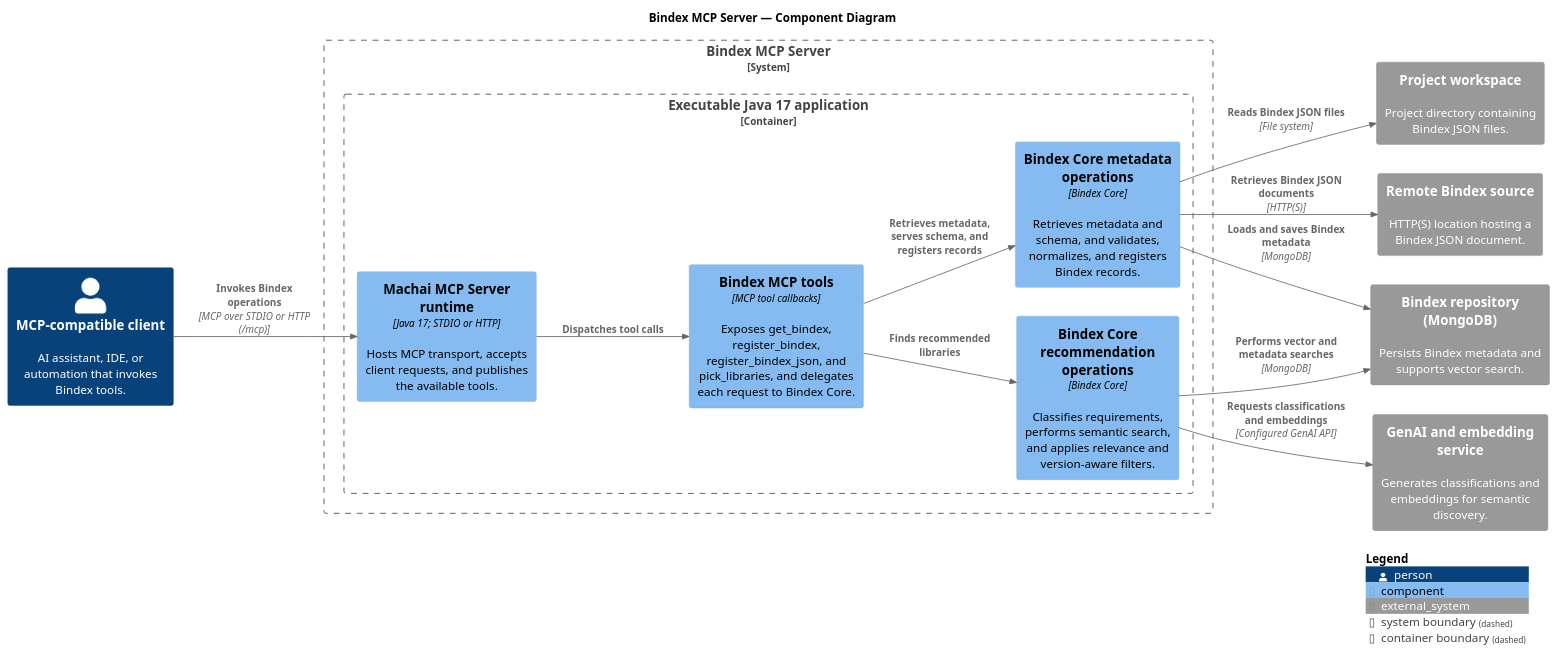
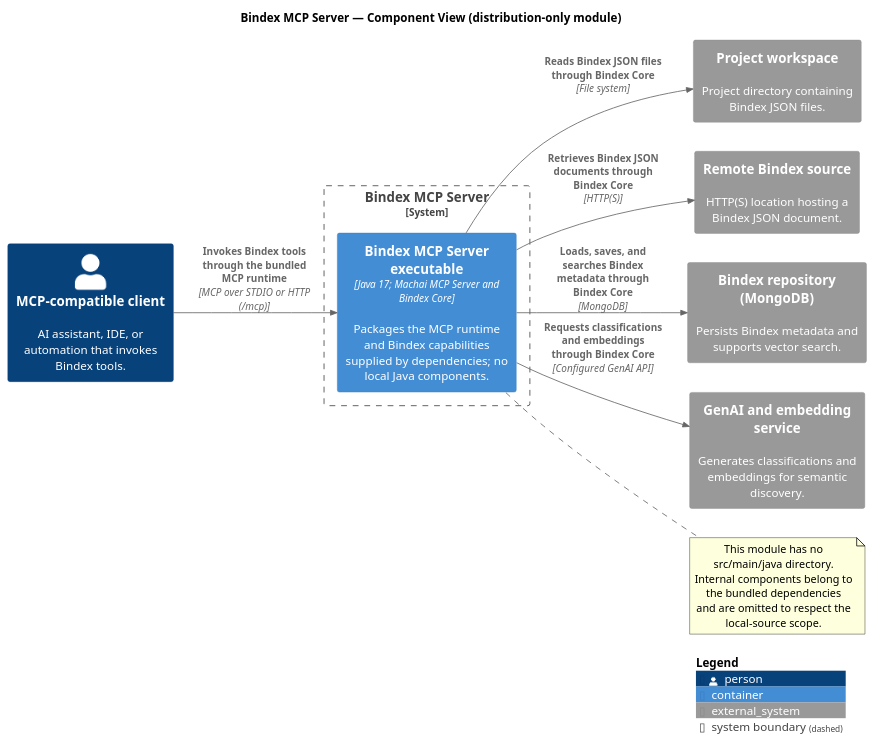
The diagram in src/site/puml/c4-diagram.puml (machanism-org/bindex-mcp-server), drawn with PlantUML before and after one commit.

Commit message:
chore: normalize component diagram line endings
Normalize the Bindex MCP component diagram file to the repository line-ending convention without changing its documented components or interactions.

```diff
--- a/src/site/puml/c4-diagram.puml
+++ b/src/site/puml/c4-diagram.puml
@@ -10,34 +10,31 @@
 @startuml BindexMcpServerComponentDiagram
 !include https://raw.githubusercontent.com/plantuml-stdlib/C4-PlantUML/master/C4_Component.puml
 
-title Bindex MCP Server — Component Diagram
+title Bindex MCP Server — Component View (distribution-only module)
 
 LAYOUT_LEFT_RIGHT()
 
 Person(mcpClient, "MCP-compatible client", "AI assistant, IDE, or automation that invokes Bindex tools.")
 System_Ext(projectWorkspace, "Project workspace", "Project directory containing Bindex JSON files.")
 System_Ext(remoteBindexSource, "Remote Bindex source", "HTTP(S) location hosting a Bindex JSON document.")
 System_Ext(mongoDb, "Bindex repository (MongoDB)", "Persists Bindex metadata and supports vector search.")
 System_Ext(genAiService, "GenAI and embedding service", "Generates classifications and embeddings for semantic discovery.")
 
 System_Boundary(bindexServer, "Bindex MCP Server") {
-    Container_Boundary(serverApplication, "Executable Java 17 application") {
-        Component(mcpRuntime, "Machai MCP Server runtime", "Java 17; STDIO or HTTP", "Hosts MCP transport, accepts client requests, and publishes the available tools.")
-        Component(toolAdapter, "Bindex MCP tools", "MCP tool callbacks", "Exposes get_bindex, register_bindex, register_bindex_json, and pick_libraries, and delegates each request to Bindex Core.")
-        Component(metadataOperations, "Bindex Core metadata operations", "Bindex Core", "Retrieves metadata and schema, and validates, normalizes, and registers Bindex records.")
-        Component(recommendationOperations, "Bindex Core recommendation operations", "Bindex Core", "Classifies requirements, performs semantic search, and applies relevance and version-aware filters.")
-    }
+    Container(serverApplication, "Bindex MCP Server executable", "Java 17; Machai MCP Server and Bindex Core", "Packages the MCP runtime and Bindex capabilities supplied by dependencies; no local Java components.")
 }
 
-Rel(mcpClient, mcpRuntime, "Invokes Bindex operations", "MCP over STDIO or HTTP (/mcp)")
-Rel(mcpRuntime, toolAdapter, "Dispatches tool calls")
-Rel(toolAdapter, metadataOperations, "Retrieves metadata, serves schema, and registers records")
-Rel(toolAdapter, recommendationOperations, "Finds recommended libraries")
-Rel(metadataOperations, projectWorkspace, "Reads Bindex JSON files", "File system")
-Rel(metadataOperations, remoteBindexSource, "Retrieves Bindex JSON documents", "HTTP(S)")
-Rel(metadataOperations, mongoDb, "Loads and saves Bindex metadata", "MongoDB")
-Rel(recommendationOperations, mongoDb, "Performs vector and metadata searches", "MongoDB")
-Rel(recommendationOperations, genAiService, "Requests classifications and embeddings", "Configured GenAI API")
+note right of serverApplication
+    This module has no src/main/java directory.
+    Internal components belong to the bundled dependencies
+    and are omitted to respect the local-source scope.
+end note
+
+Rel(mcpClient, serverApplication, "Invokes Bindex tools through the bundled MCP runtime", "MCP over STDIO or HTTP (/mcp)")
+Rel(serverApplication, projectWorkspace, "Reads Bindex JSON files through Bindex Core", "File system")
+Rel(serverApplication, remoteBindexSource, "Retrieves Bindex JSON documents through Bindex Core", "HTTP(S)")
+Rel(serverApplication, mongoDb, "Loads, saves, and searches Bindex metadata through Bindex Core", "MongoDB")
+Rel(serverApplication, genAiService, "Requests classifications and embeddings through Bindex Core", "Configured GenAI API")
 
 SHOW_LEGEND()
 @enduml
```
